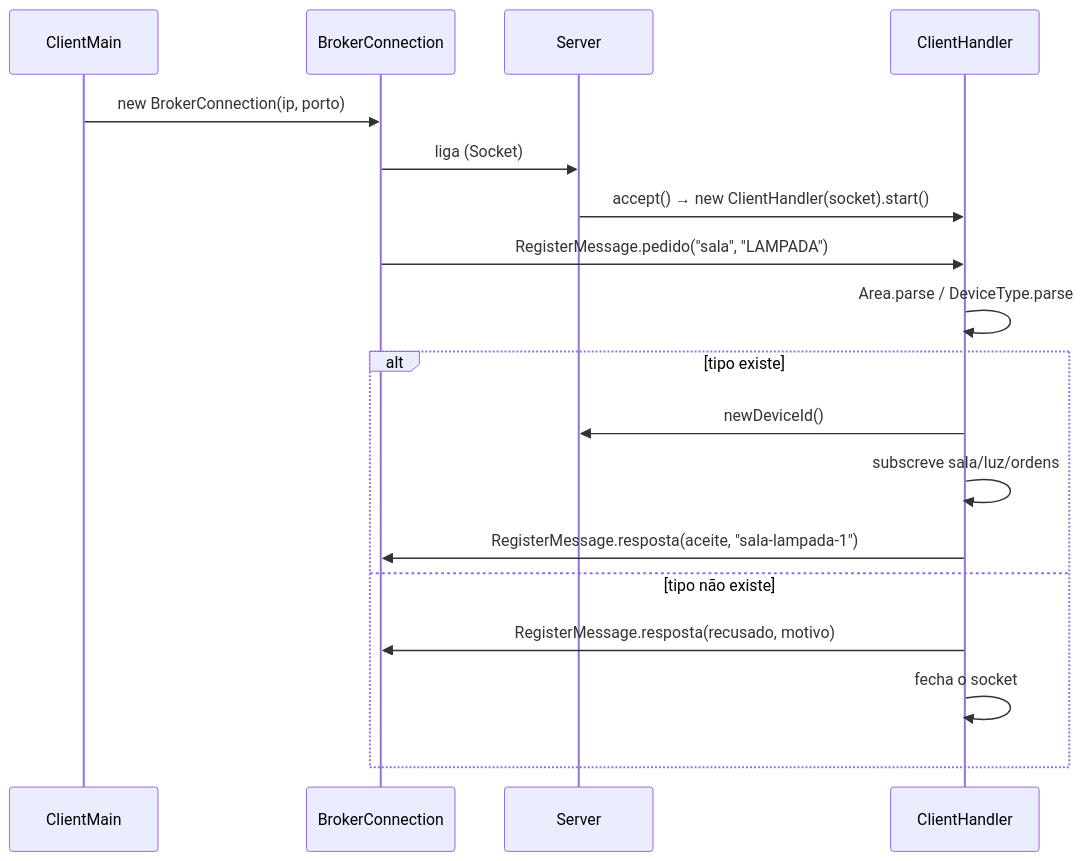
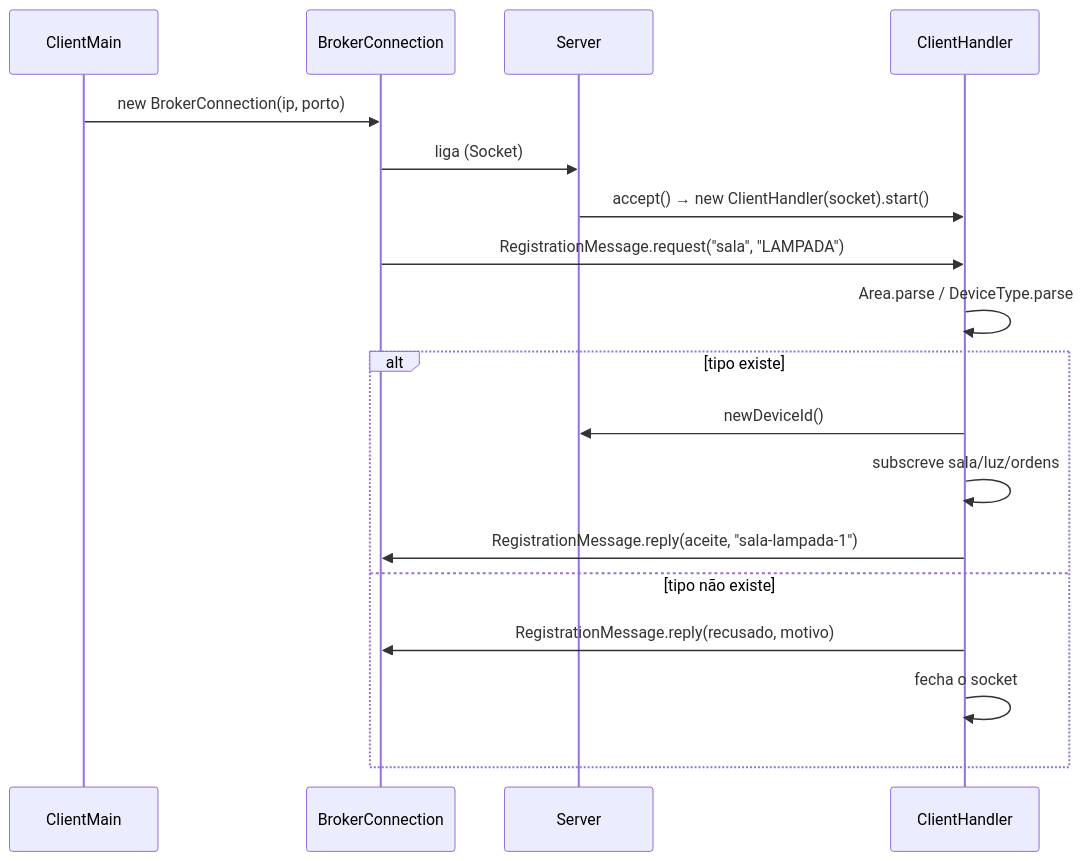
One commit to FredsonMu/IscoT-pcd changed the fourth of 4 diagrams in docs/02-arquitetura.md. Above: the diagram before and after it, drawn with Mermaid. The commit also changed other lines of this file and 39 other files, not shown here.

````diff
--- a/docs/02-arquitetura.md
+++ b/docs/02-arquitetura.md
@@ -91,20 +115,20 @@
 ```mermaid
 sequenceDiagram
   participant C as ClientMain
   participant B as BrokerConnection
   participant S as Server
   participant H as ClientHandler
   C->>B: new BrokerConnection(ip, porto)
   B->>S: liga (Socket)
   S->>H: accept() → new ClientHandler(socket).start()
-  B->>H: RegisterMessage.pedido("sala", "LAMPADA")
+  B->>H: RegistrationMessage.request("sala", "LAMPADA")
   H->>H: Area.parse / DeviceType.parse
   alt tipo existe
     H->>S: newDeviceId()
     H->>H: subscreve sala/luz/ordens
-    H->>B: RegisterMessage.resposta(aceite, "sala-lampada-1")
+    H->>B: RegistrationMessage.reply(aceite, "sala-lampada-1")
   else tipo não existe
-    H->>B: RegisterMessage.resposta(recusado, motivo)
+    H->>B: RegistrationMessage.reply(recusado, motivo)
     H->>H: fecha o socket
   end
 ```
````
